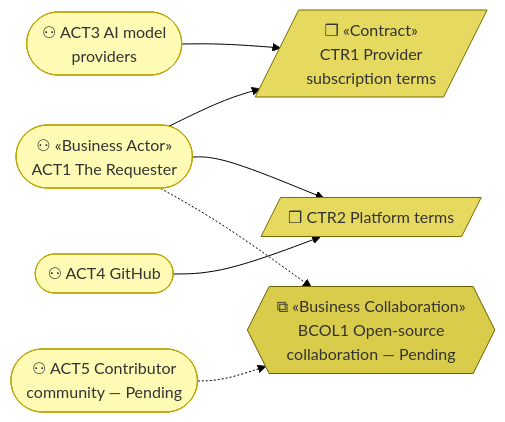
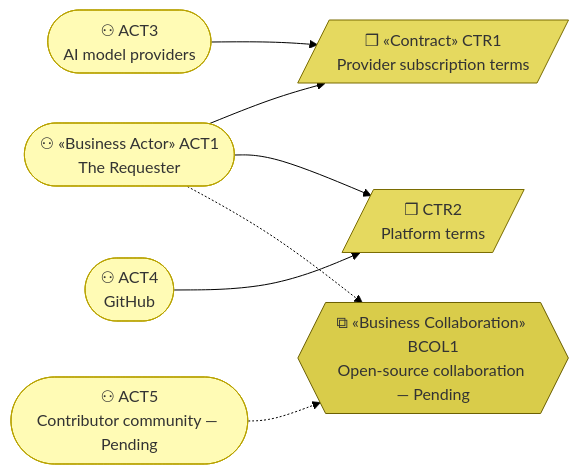
The third of 3 diagrams in organization/docs/ea/2_business/1_business-actors-and-roles.md (roanboc/architecture-archreator), drawn with Mermaid (forest theme) before and after one commit. The commit also changed other lines of this file and 6 other files, not shown here.

````diff
--- a/organization/docs/ea/2_business/1_business-actors-and-roles.md
+++ b/organization/docs/ea/2_business/1_business-actors-and-roles.md
@@ -110,22 +110,22 @@
 ```mermaid
 flowchart LR
-  act1(["⚇ «Business Actor»<br>ACT1 The Requester"]):::actor
-  act3(["⚇ ACT3 AI model<br>providers"]):::actor
-  act4(["⚇ ACT4 GitHub"]):::actor
-  act5(["⚇ ACT5 Contributor<br>community — Pending"]):::actor
+  act1(["⚇ «Business Actor» ACT1<br>The Requester"]):::actor
+  act3(["⚇ ACT3<br>AI model providers"]):::actor
+  act4(["⚇ ACT4<br>GitHub"]):::actor
+  act5(["⚇ ACT5<br>Contributor community — Pending"]):::actor
 
-  ctr1[/"❒ «Contract»<br>CTR1 Provider<br>subscription terms"/]:::contract
-  ctr2[/"❒ CTR2 Platform terms"/]:::contract
-  bcol1{{"⧉ «Business Collaboration»<br>BCOL1 Open-source<br>collaboration — Pending"}}:::collab
+  ctr1[/"❒ «Contract» CTR1<br>Provider subscription terms"/]:::contract
+  ctr2[/"❒ CTR2<br>Platform terms"/]:::contract
+  bcol1{{"⧉ «Business Collaboration» BCOL1<br>Open-source collaboration — Pending"}}:::collab
 
   act1 --> ctr1
   act3 --> ctr1
   act1 --> ctr2
   act4 --> ctr2
   act1 -.-> bcol1
   act5 -.-> bcol1
 
   classDef actor fill:#fffbb5,stroke:#b8a200,color:#333
   classDef contract fill:#e5d95f,stroke:#7a6c00,color:#333
   classDef collab fill:#d9cc4a,stroke:#6b5f00,color:#333
 ```
````
